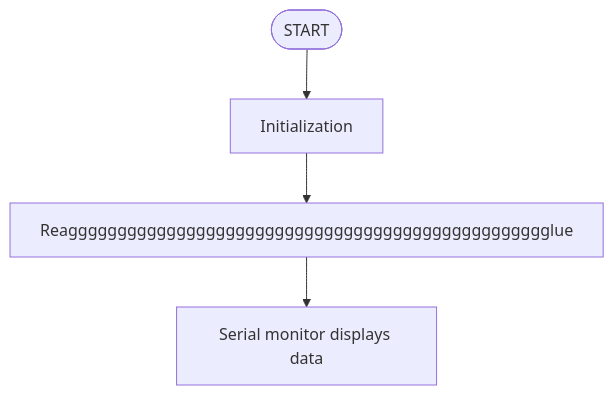
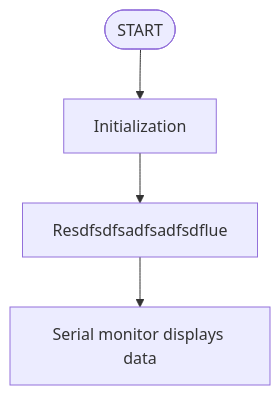
Before and after one commit to keyestudio/KS0597-: the sixth of 6 diagrams in docs/4.Arduino Projects/4.3 Projects/Project 1.md, drawn with Mermaid. The commit also changed other lines of this file, not shown here.

````diff
--- a/docs/4.Arduino Projects/4.3 Projects/Project 1.md
+++ b/docs/4.Arduino Projects/4.3 Projects/Project 1.md
@@ -408,7 +408,7 @@
 ```mermaid
 graph TD
     A([START]) --> B[Initialization]
-    B --> C[Reaggggggggggggggggggggggggggggggggggggggggggggggggglue]
+    B --> C[Resdfsdfsadfsadfsdflue]
     C --> D[Serial monitor displays data]
     
 ```
````
